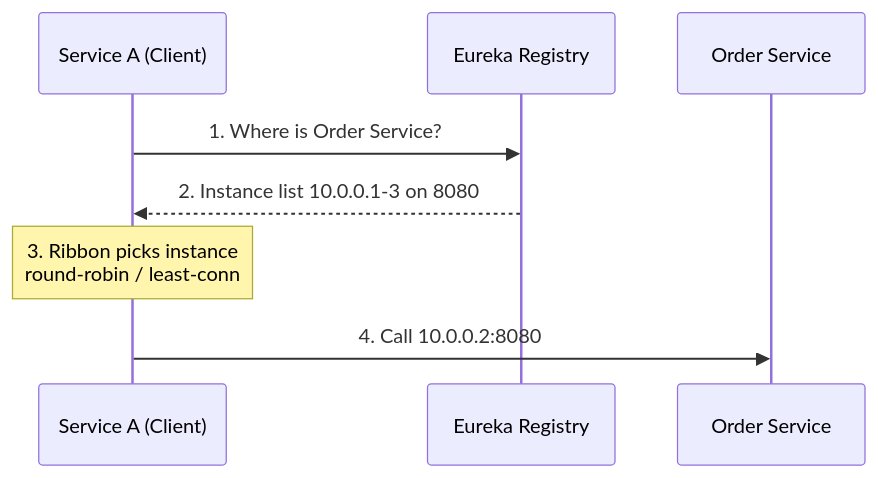
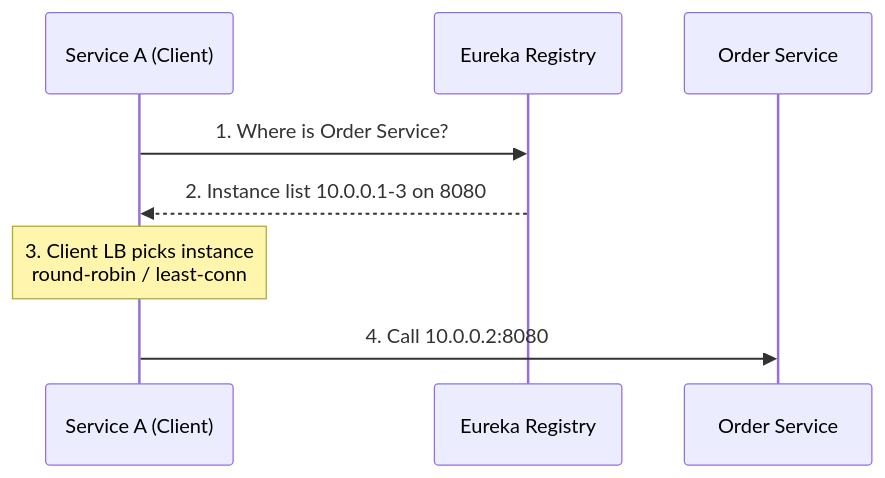
One commit to rppol/system-design changed the second of 24 diagrams in src/main/java/com/rutik/systemdesign/hld/microservices/README.md. Above: the diagram before and after it, drawn with Mermaid. The commit also changed other lines of this file and 3 other files, not shown here.

````diff
--- a/src/main/java/com/rutik/systemdesign/hld/microservices/README.md
+++ b/src/main/java/com/rutik/systemdesign/hld/microservices/README.md
@@ -128,11 +128,11 @@
 ```mermaid
 sequenceDiagram
     participant A as Service A (Client)
     participant E as Eureka Registry
     participant O as Order Service
 
     A->>E: 1. Where is Order Service?
     E-->>A: 2. Instance list 10.0.0.1-3 on 8080
-    Note over A: 3. Ribbon picks instance<br/>round-robin / least-conn
+    Note over A: 3. Client LB picks instance<br/>round-robin / least-conn
     A->>O: 4. Call 10.0.0.2:8080
 ```
````
